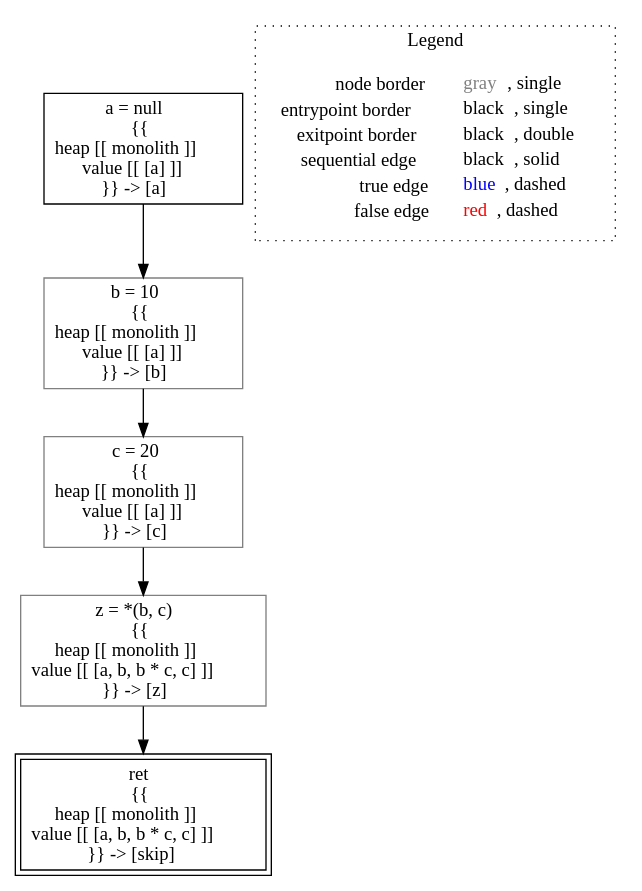
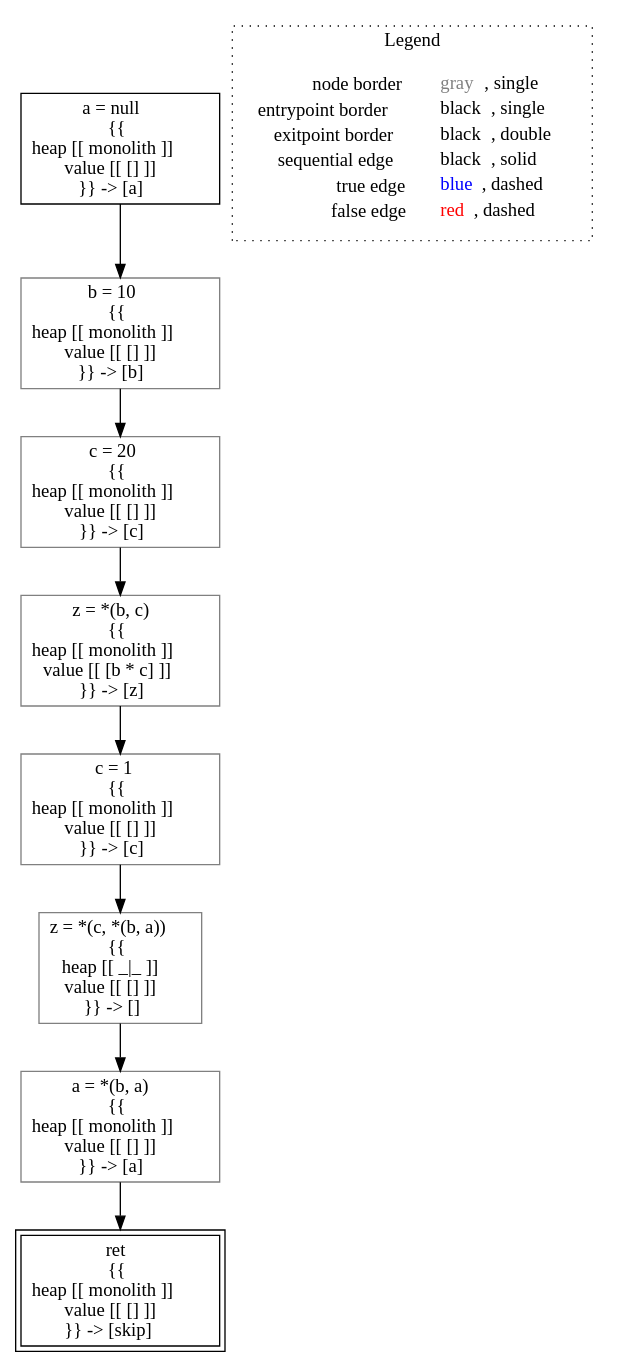
The diagram in outputs/analysis___untyped_AvailableExpressions.testingNullCase(AvailableExpressions__this).dot (lucaneg/scsr-2022), drawn with Graphviz before and after one commit. The commit also changed 4 other files, not shown here.

```diff
--- a/outputs/analysis___untyped_AvailableExpressions.testingNullCase(AvailableExpressions__this).dot
+++ b/outputs/analysis___untyped_AvailableExpressions.testingNullCase(AvailableExpressions__this).dot
@@ -1,18 +1,24 @@
 digraph {
-	"node0" [shape="rect",color="black",label=<a = null<BR/>{{<BR/>heap [[ monolith ]]<BR/>value [[ [a] ]]<BR/>}} -&gt; [a]>];
-	"node1" [shape="rect",color="gray",label=<z = *(b, c)<BR/>{{<BR/>heap [[ monolith ]]<BR/>value [[ [a, b, b * c, c] ]]<BR/>}} -&gt; [z]>];
-	"node2" [shape="rect",color="gray",label=<c = 20<BR/>{{<BR/>heap [[ monolith ]]<BR/>value [[ [a] ]]<BR/>}} -&gt; [c]>];
-	"node3" [shape="rect",color="black",peripheries="2",label=<ret<BR/>{{<BR/>heap [[ monolith ]]<BR/>value [[ [a, b, b * c, c] ]]<BR/>}} -&gt; [skip]>];
-	"node4" [shape="rect",color="gray",label=<b = 10<BR/>{{<BR/>heap [[ monolith ]]<BR/>value [[ [a] ]]<BR/>}} -&gt; [b]>];
-	"node0" -> "node4" [color="black"];
-	"node1" -> "node3" [color="black"];
+	"node0" [shape="rect",color="black",label=<a = null<BR/>{{<BR/>heap [[ monolith ]]<BR/>value [[ [] ]]<BR/>}} -&gt; [a]>];
+	"node1" [shape="rect",color="gray",label=<z = *(b, c)<BR/>{{<BR/>heap [[ monolith ]]<BR/>value [[ [b * c] ]]<BR/>}} -&gt; [z]>];
+	"node2" [shape="rect",color="gray",label=<c = 20<BR/>{{<BR/>heap [[ monolith ]]<BR/>value [[ [] ]]<BR/>}} -&gt; [c]>];
+	"node3" [shape="rect",color="black",peripheries="2",label=<ret<BR/>{{<BR/>heap [[ monolith ]]<BR/>value [[ [] ]]<BR/>}} -&gt; [skip]>];
+	"node4" [shape="rect",color="gray",label=<a = *(b, a)<BR/>{{<BR/>heap [[ monolith ]]<BR/>value [[ [] ]]<BR/>}} -&gt; [a]>];
+	"node5" [shape="rect",color="gray",label=<b = 10<BR/>{{<BR/>heap [[ monolith ]]<BR/>value [[ [] ]]<BR/>}} -&gt; [b]>];
+	"node6" [shape="rect",color="gray",label=<c = 1<BR/>{{<BR/>heap [[ monolith ]]<BR/>value [[ [] ]]<BR/>}} -&gt; [c]>];
+	"node7" [shape="rect",color="gray",label=<z = *(c, *(b, a))<BR/>{{<BR/>heap [[ _|_ ]]<BR/>value [[ [] ]]<BR/>}} -&gt; []>];
+	"node0" -> "node5" [color="black"];
+	"node1" -> "node6" [color="black"];
 	"node2" -> "node1" [color="black"];
-	"node4" -> "node2" [color="black"];
+	"node4" -> "node3" [color="black"];
+	"node5" -> "node2" [color="black"];
+	"node6" -> "node7" [color="black"];
+	"node7" -> "node4" [color="black"];
 subgraph cluster_legend {
 	label="Legend";
 	style=dotted;
 	node [shape=plaintext];
 	"legend" [label=<<table border="0" cellpadding="2" cellspacing="0" cellborder="0"><tr><td align="right">node border&nbsp;</td><td align="left"><font color="gray">gray</font>, single</td></tr><tr><td align="right">entrypoint border&nbsp;</td><td align="left"><font color="black">black</font>, single</td></tr><tr><td align="right">exitpoint border&nbsp;</td><td align="left"><font color="black">black</font>, double</td></tr><tr><td align="right">sequential edge&nbsp;</td><td align="left"><font color="black">black</font>, solid</td></tr><tr><td align="right">true edge&nbsp;</td><td align="left"><font color="blue">blue</font>, dashed</td></tr><tr><td align="right">false edge&nbsp;</td><td align="left"><font color="red">red</font>, dashed</td></tr></table>>];
 }
 
 }
```
